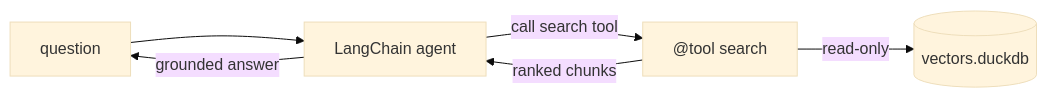
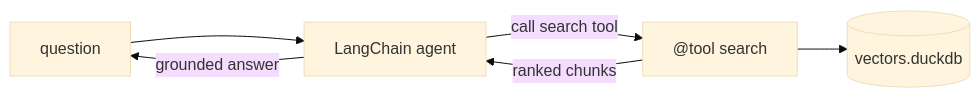
Before and after one commit to bernard357/duckdb-vectors: the diagram in documentation/langchain-guide.md, drawn with Mermaid (base theme). The commit also changed other lines of this file and 41 other files, not shown here.

First line of the commit message:
refactor!: remove the read-only store concept package-wide

````diff
--- a/documentation/langchain-guide.md
+++ b/documentation/langchain-guide.md
@@ -15,8 +15,8 @@
 ```mermaid
 flowchart LR
     User[question] --> Agent[LangChain agent]
     Agent -->|call search tool| Tool["@tool search"]
-    Tool -->|read-only| DB[(vectors.duckdb)]
+    Tool --> DB[(vectors.duckdb)]
     Tool -->|ranked chunks| Agent
     Agent -->|grounded answer| User
 ```
````
